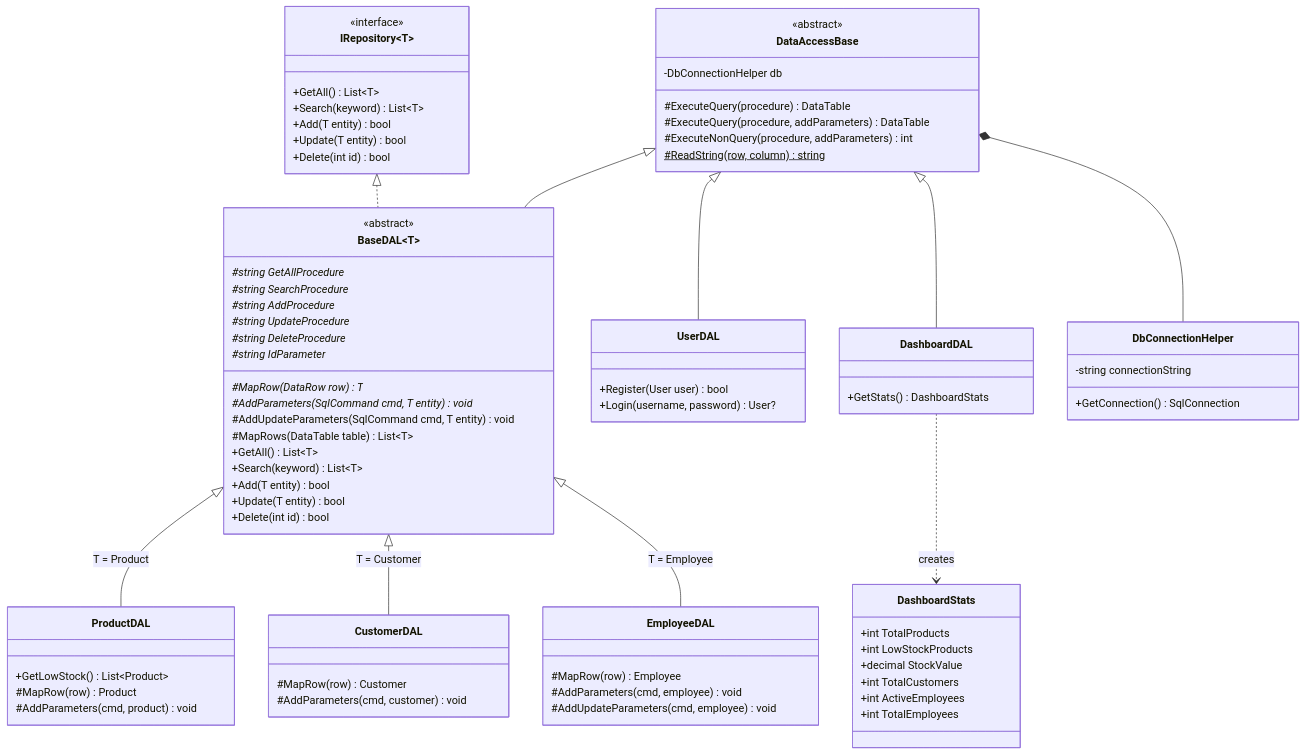
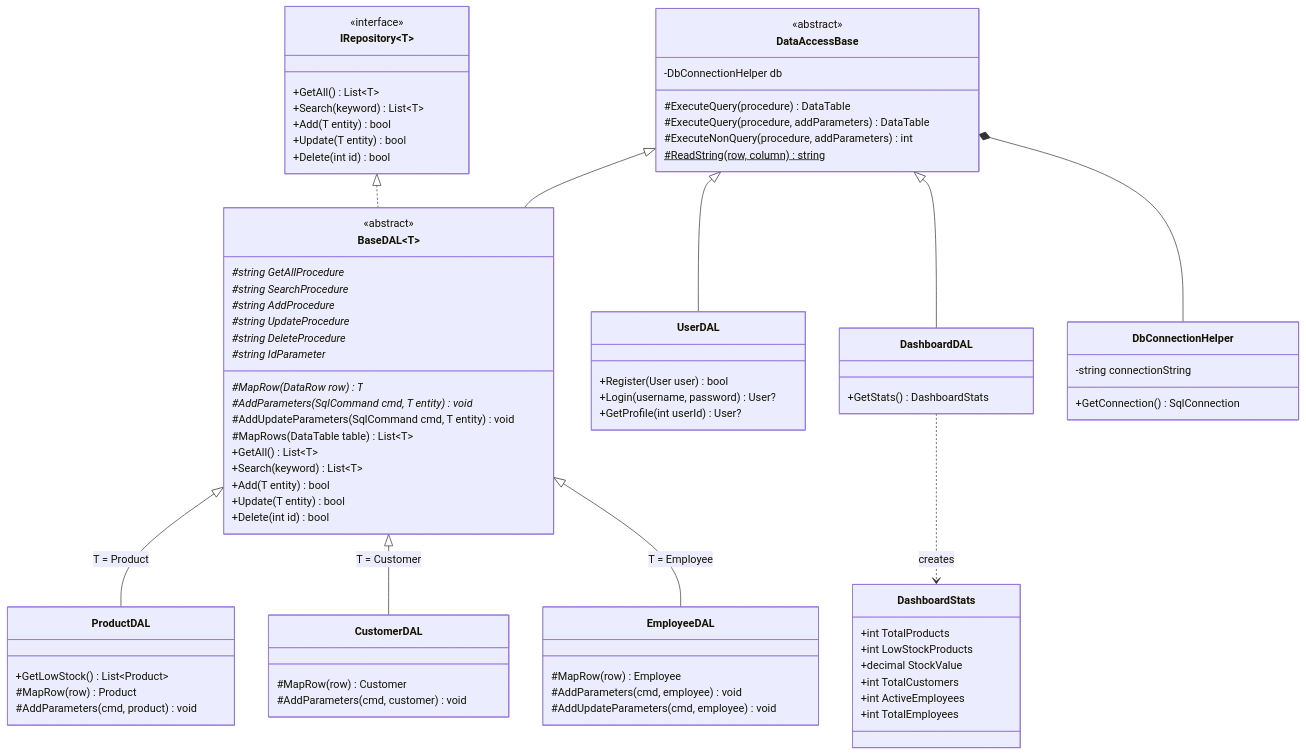
Before and after one commit to jayawardhnaRMA/Inventory_Management_system: the diagram in Docs/diagrams/class-data-access.mmd, drawn with Mermaid. The commit also changed 11 other files, not shown here.

```diff
--- a/Docs/diagrams/class-data-access.mmd
+++ b/Docs/diagrams/class-data-access.mmd
@@ -1,89 +1,90 @@
 classDiagram
     direction TB
 
     class IRepository~T~ {
         <<interface>>
         +GetAll() List~T~
         +Search(keyword) List~T~
         +Add(T entity) bool
         +Update(T entity) bool
         +Delete(int id) bool
     }
 
     class DataAccessBase {
         <<abstract>>
         -DbConnectionHelper db
         #ExecuteQuery(procedure) DataTable
         #ExecuteQuery(procedure, addParameters) DataTable
         #ExecuteNonQuery(procedure, addParameters) int
         #ReadString(row, column)$ string
     }
 
     class BaseDAL~T~ {
         <<abstract>>
         #string GetAllProcedure*
         #string SearchProcedure*
         #string AddProcedure*
         #string UpdateProcedure*
         #string DeleteProcedure*
         #string IdParameter*
         #MapRow(DataRow row)* T
         #AddParameters(SqlCommand cmd, T entity)* void
         #AddUpdateParameters(SqlCommand cmd, T entity) void
         #MapRows(DataTable table) List~T~
         +GetAll() List~T~
         +Search(keyword) List~T~
         +Add(T entity) bool
         +Update(T entity) bool
         +Delete(int id) bool
     }
 
     class ProductDAL {
         +GetLowStock() List~Product~
         #MapRow(row) Product
         #AddParameters(cmd, product) void
     }
 
     class CustomerDAL {
         #MapRow(row) Customer
         #AddParameters(cmd, customer) void
     }
 
     class EmployeeDAL {
         #MapRow(row) Employee
         #AddParameters(cmd, employee) void
         #AddUpdateParameters(cmd, employee) void
     }
 
     class UserDAL {
         +Register(User user) bool
         +Login(username, password) User?
+        +GetProfile(int userId) User?
     }
 
     class DashboardDAL {
         +GetStats() DashboardStats
     }
 
     class DbConnectionHelper {
         -string connectionString
         +GetConnection() SqlConnection
     }
 
     class DashboardStats {
         +int TotalProducts
         +int LowStockProducts
         +decimal StockValue
         +int TotalCustomers
         +int ActiveEmployees
         +int TotalEmployees
     }
 
     IRepository~T~ <|.. BaseDAL~T~
     DataAccessBase <|-- BaseDAL~T~
     DataAccessBase <|-- UserDAL
     DataAccessBase <|-- DashboardDAL
     BaseDAL~T~ <|-- ProductDAL : T = Product
     BaseDAL~T~ <|-- CustomerDAL : T = Customer
     BaseDAL~T~ <|-- EmployeeDAL : T = Employee
     DataAccessBase *-- DbConnectionHelper
     DashboardDAL ..> DashboardStats : creates
```
